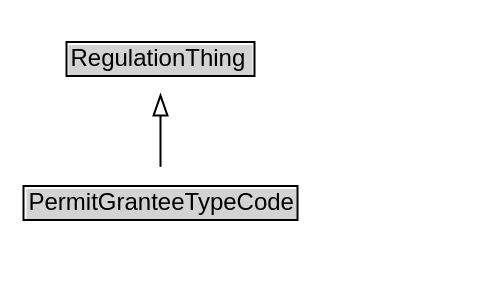
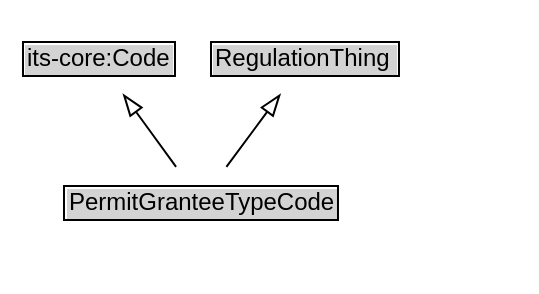
One commit to k-vaughn/ontology-its-regulation changed the diagram in docs/diagrams/PermitGranteeTypeCode.dot. Above: the diagram before and after it, drawn with Graphviz. The commit also changed 40 other files, not shown here.

```diff
--- a/docs/diagrams/PermitGranteeTypeCode.dot
+++ b/docs/diagrams/PermitGranteeTypeCode.dot
@@ -1,19 +1,21 @@
 // Diagram for PermitGranteeTypeCode
 digraph {
 	graph [overlap=false rankdir=TB splines=true]
 	node [fontname=Arial fontsize=12 margin=0 shape=none]
 	edge [fontname=Arial fontsize=11]
 	{
 		rank=source
+		"its-core_Code" [label=<<TABLE BORDER="1" CELLBORDER="0" CELLSPACING="0" CELLPADDING="1"><TR><TD BGCOLOR="lightgray" ALIGN="CENTER">its-core:Code</TD></TR></TABLE>> URL="https://w3id.org/itsdata/core/v1/Code" margin=0]
 		RegulationThing [label=<<TABLE BORDER="1" CELLBORDER="0" CELLSPACING="0" CELLPADDING="1"><TR><TD BGCOLOR="lightgray" ALIGN="CENTER">RegulationThing</TD></TR></TABLE>> URL="../RegulationThing" margin=0]
 	}
 	PermitGranteeTypeCode [label=<<TABLE BORDER="1" CELLBORDER="0" CELLSPACING="0" CELLPADDING="1"><TR><TD BGCOLOR="lightgray" ALIGN="CENTER">PermitGranteeTypeCode</TD></TR></TABLE>> URL="../PermitGranteeTypeCode" margin=0]
 	{
 		rank=max
 	}
 	subgraph cluster_associated {
 		label="" style=invis
 		Invis [label=<<TABLE BORDER="0" CELLBORDER="0" CELLSPACING="0" CELLPADDING="1"><TR><TD></TD></TR></TABLE>> margin=0 style=invis]
 	}
+	PermitGranteeTypeCode -> "its-core_Code" [arrowhead=onormal style=solid]
 	PermitGranteeTypeCode -> RegulationThing [arrowhead=onormal style=solid]
 }
```
